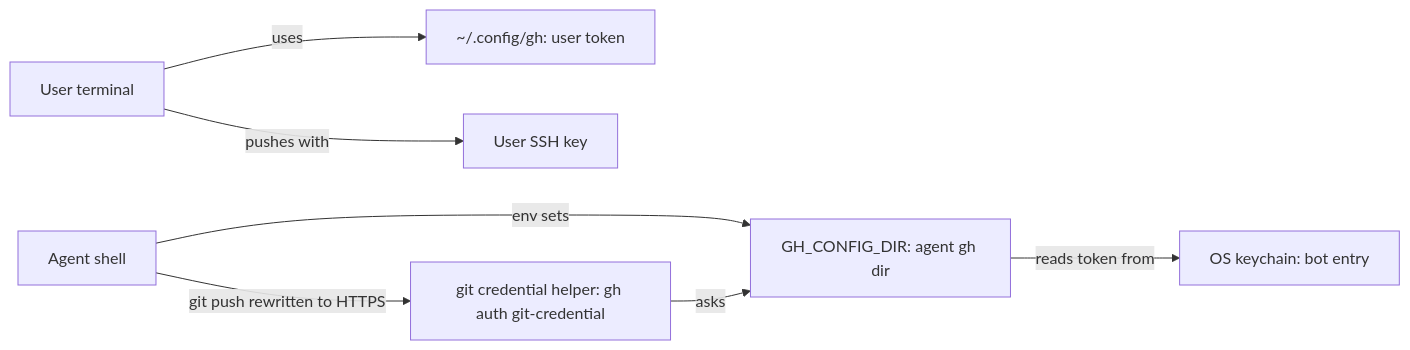
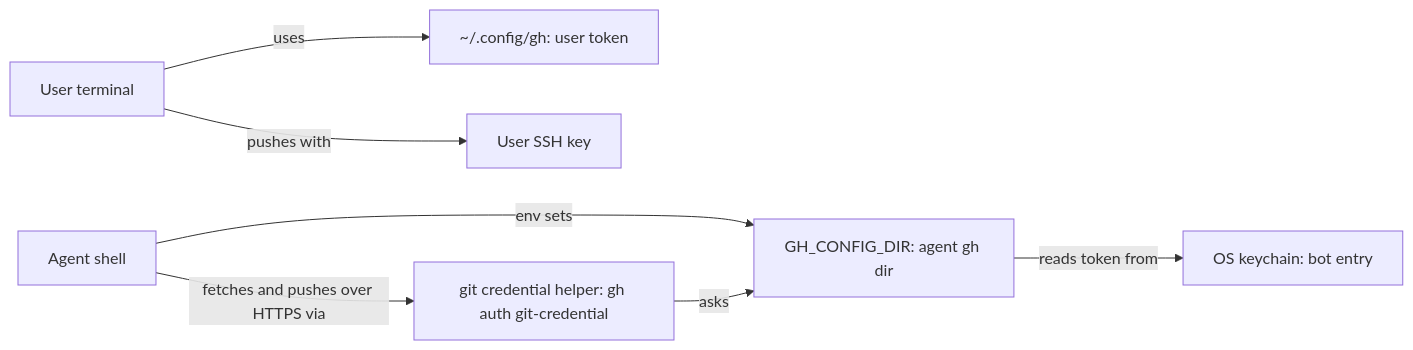
The diagram in plans/backlog/git-github-01-agent-identity.md (kirinmurphy/roborepo-alpha), drawn with Mermaid before and after one commit. The commit also changed other lines of this file, not shown here.

Commit message:
Update plan git-github-01-agent-identity

````diff
--- a/plans/backlog/git-github-01-agent-identity.md
+++ b/plans/backlog/git-github-01-agent-identity.md
@@ -193,9 +276,9 @@
 ```mermaid
 flowchart LR
     U[User terminal] -- uses --> UC[~/.config/gh: user token]
     U -- pushes with --> SSH[User SSH key]
     A[Agent shell] -- env sets --> G[GH_CONFIG_DIR: agent gh dir]
     G -- reads token from --> K[OS keychain: bot entry]
-    A -- git push rewritten to HTTPS --> H[git credential helper: gh auth git-credential]
+    A -- fetches and pushes over HTTPS via --> H[git credential helper: gh auth git-credential]
     H -- asks --> G
 ```
````
